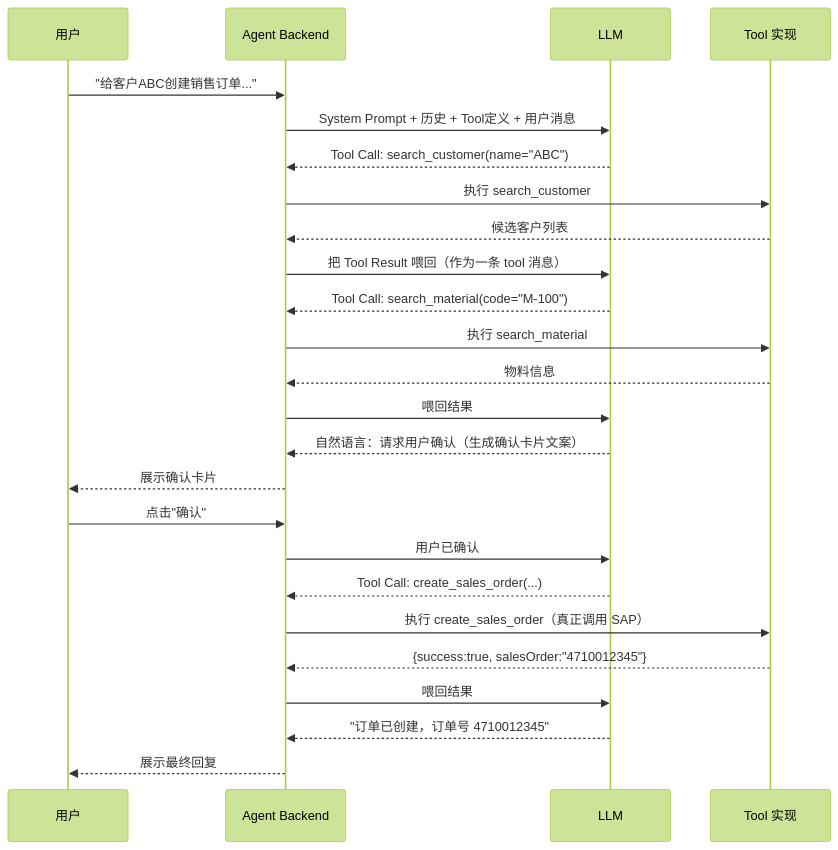
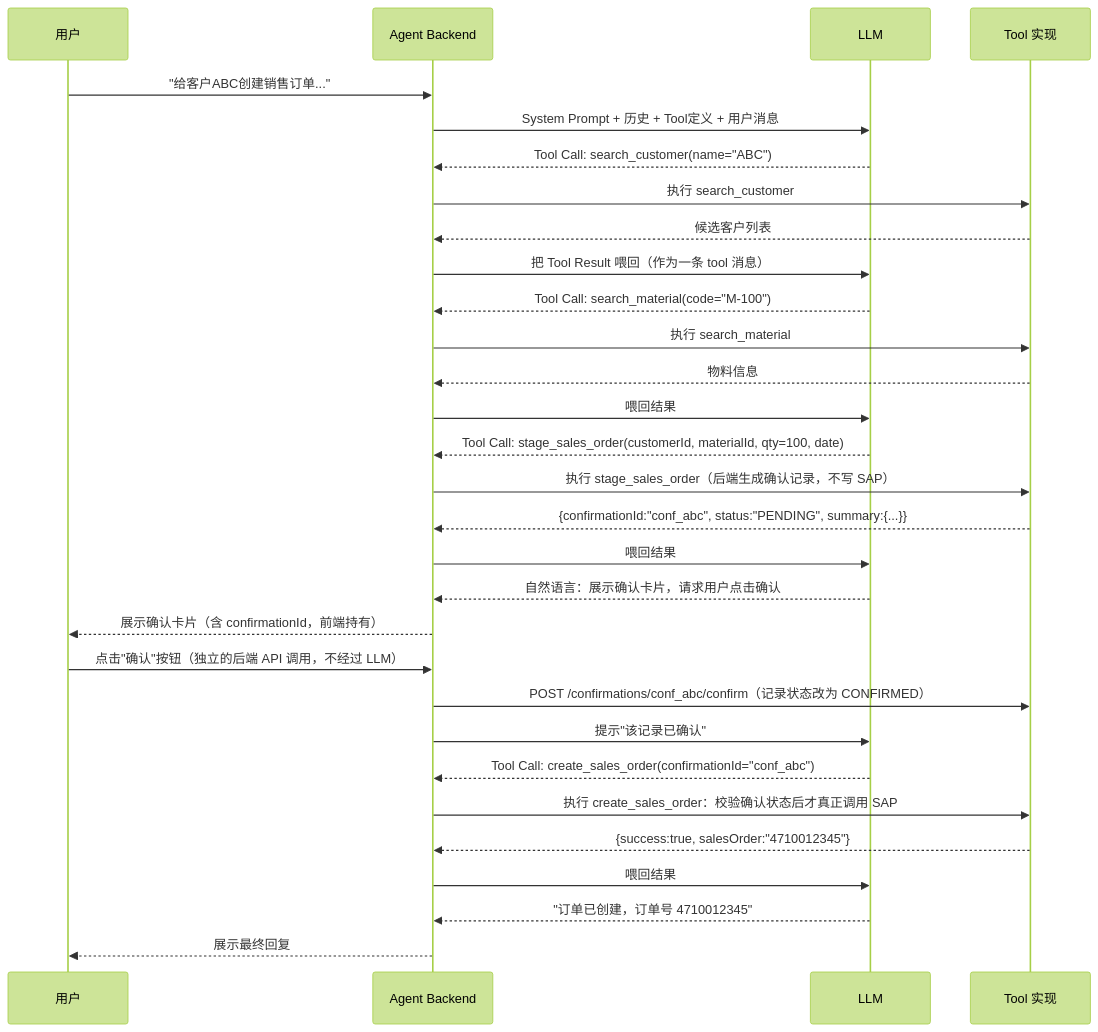
One commit to sunyu820613/th changed the first of 2 diagrams in docs/ai-sap-integration-guide/07-llm-tool-calling.md. Above: the diagram before and after it, drawn with Mermaid (forest theme). The commit also changed other lines of this file and 7 other files, not shown here.

````diff
--- a/docs/ai-sap-integration-guide/07-llm-tool-calling.md
+++ b/docs/ai-sap-integration-guide/07-llm-tool-calling.md
@@ -21,28 +21,33 @@
 ```mermaid
 sequenceDiagram
     participant U as 用户
     participant AG as Agent Backend
     participant LLM as LLM
     participant T as Tool 实现
 
     U->>AG: "给客户ABC创建销售订单..."
     AG->>LLM: System Prompt + 历史 + Tool定义 + 用户消息
     LLM-->>AG: Tool Call: search_customer(name="ABC")
     AG->>T: 执行 search_customer
     T-->>AG: 候选客户列表
     AG->>LLM: 把 Tool Result 喂回（作为一条 tool 消息）
     LLM-->>AG: Tool Call: search_material(code="M-100")
     AG->>T: 执行 search_material
     T-->>AG: 物料信息
     AG->>LLM: 喂回结果
-    LLM-->>AG: 自然语言：请求用户确认（生成确认卡片文案）
-    AG-->>U: 展示确认卡片
-    U->>AG: 点击"确认"
-    AG->>LLM: 用户已确认
-    LLM-->>AG: Tool Call: create_sales_order(...)
-    AG->>T: 执行 create_sales_order（真正调用 SAP）
+    LLM-->>AG: Tool Call: stage_sales_order(customerId, materialId, qty=100, date)
+    AG->>T: 执行 stage_sales_order（后端生成确认记录，不写 SAP）
+    T-->>AG: {confirmationId:"conf_abc", status:"PENDING", summary:{...}}
+    AG->>LLM: 喂回结果
+    LLM-->>AG: 自然语言：展示确认卡片，请求用户点击确认
+    AG-->>U: 展示确认卡片（含 confirmationId，前端持有）
+    U->>AG: 点击"确认"按钮（独立的后端 API 调用，不经过 LLM）
+    AG->>T: POST /confirmations/conf_abc/confirm（记录状态改为 CONFIRMED）
+    AG->>LLM: 提示"该记录已确认"
+    LLM-->>AG: Tool Call: create_sales_order(confirmationId="conf_abc")
+    AG->>T: 执行 create_sales_order：校验确认状态后才真正调用 SAP
     T-->>AG: {success:true, salesOrder:"4710012345"}
     AG->>LLM: 喂回结果
     LLM-->>AG: "订单已创建，订单号 4710012345"
     AG-->>U: 展示最终回复
 ```
````
